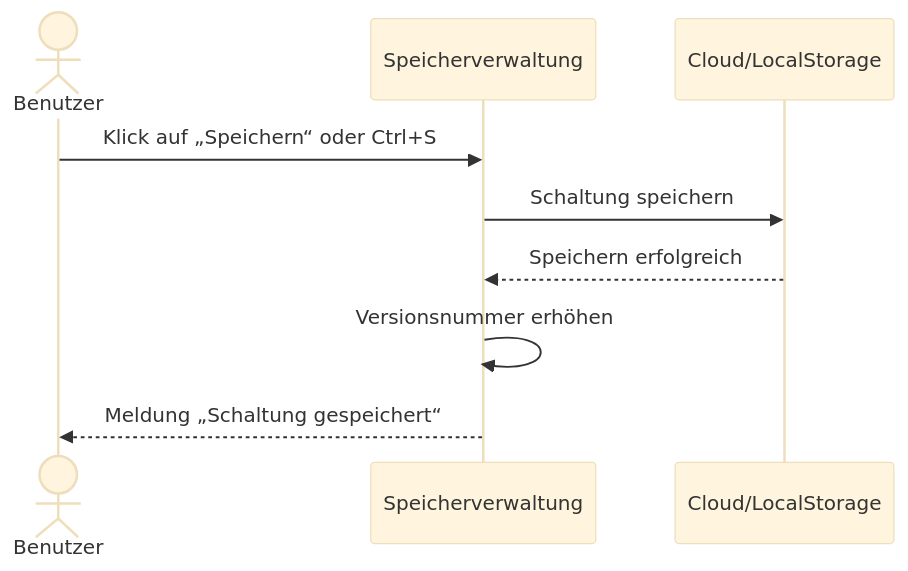
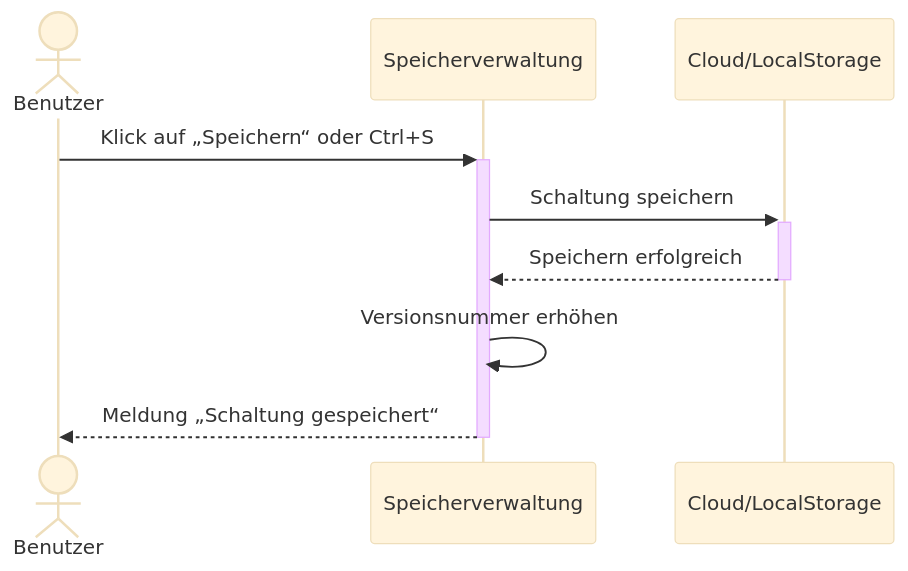
Diagram 14 of 22 in docs/use_cases/software_requirements_specification.md (SimonJ2222/BitFlow), drawn with Mermaid (base theme) before and after one commit. The commit also changed other lines of this file, not shown here.

Commit message:
Added activations and deactivations to all Sequence Diagrams

````diff
--- a/docs/use_cases/software_requirements_specification.md
+++ b/docs/use_cases/software_requirements_specification.md
@@ -586,13 +594,13 @@
 ```mermaid
 sequenceDiagram
     actor Benutzer
     participant System as Speicherverwaltung
     participant Cloud as Cloud/LocalStorage
 
-    Benutzer ->> System: Klick auf „Speichern“ oder Ctrl+S
-    System ->> Cloud: Schaltung speichern
-    Cloud -->> System: Speichern erfolgreich
+    Benutzer ->>+ System: Klick auf „Speichern“ oder Ctrl+S
+    System ->>+ Cloud: Schaltung speichern
+    Cloud -->>- System: Speichern erfolgreich
     System ->> System: Versionsnummer erhöhen
-    System -->> Benutzer: Meldung „Schaltung gespeichert“
+    System -->>- Benutzer: Meldung „Schaltung gespeichert“
 
 ```
````
